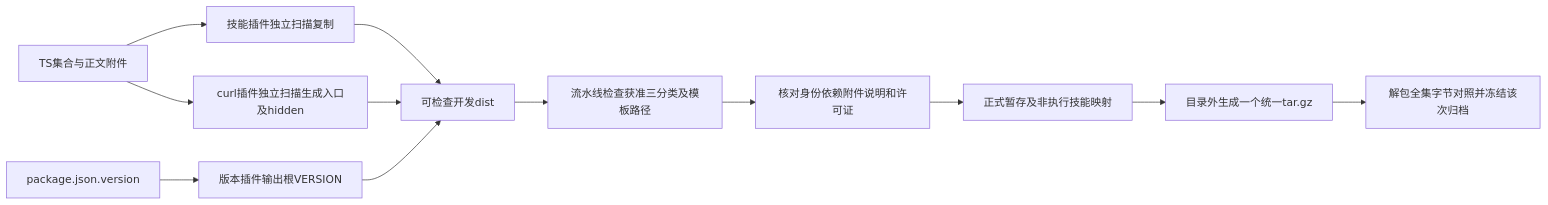
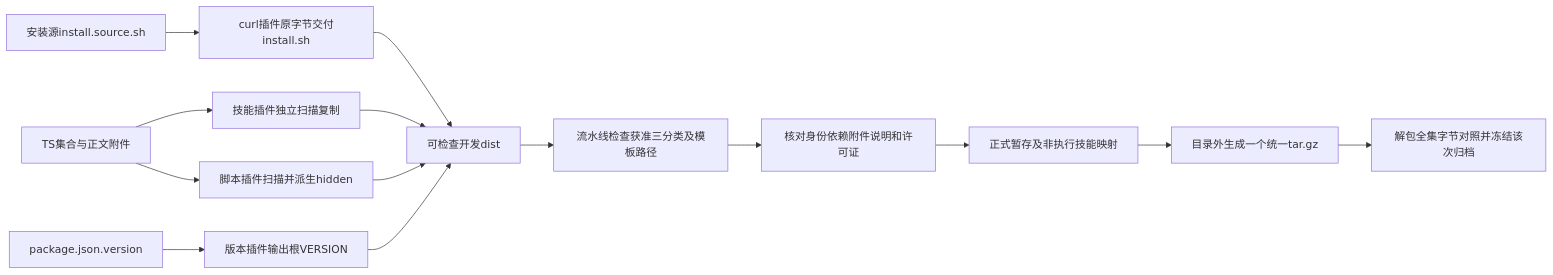
Before and after one commit to Ena-Heleneto/agent-foundry: the fourth of 16 diagrams in specs/skills/001-skills-distribution/diagrams.md, drawn with Mermaid. The commit also changed other lines of this file and 124 other files, not shown here.

````diff
--- a/specs/skills/001-skills-distribution/diagrams.md
+++ b/specs/skills/001-skills-distribution/diagrams.md
@@ -44,14 +60,16 @@
 ```mermaid
 flowchart LR
     A[TS集合与正文附件] --> B[技能插件独立扫描复制]
-    A --> C[curl插件独立扫描生成入口及hidden]
+    A --> C[脚本插件扫描并派生hidden]
+    S[安装源install.source.sh] --> K[curl插件原字节交付install.sh]
+    K --> E
     V[package.json.version] --> D[版本插件输出根VERSION]
     B --> E[可检查开发dist]
     C --> E
     D --> E
     E --> F[流水线检查获准三分类及模板路径]
     F --> G[核对身份依赖附件说明和许可证]
     G --> H[正式暂存及非执行技能映射]
     H --> I[目录外生成一个统一tar.gz]
     I --> J[解包全集字节对照并冻结该次归档]
 ```
````
